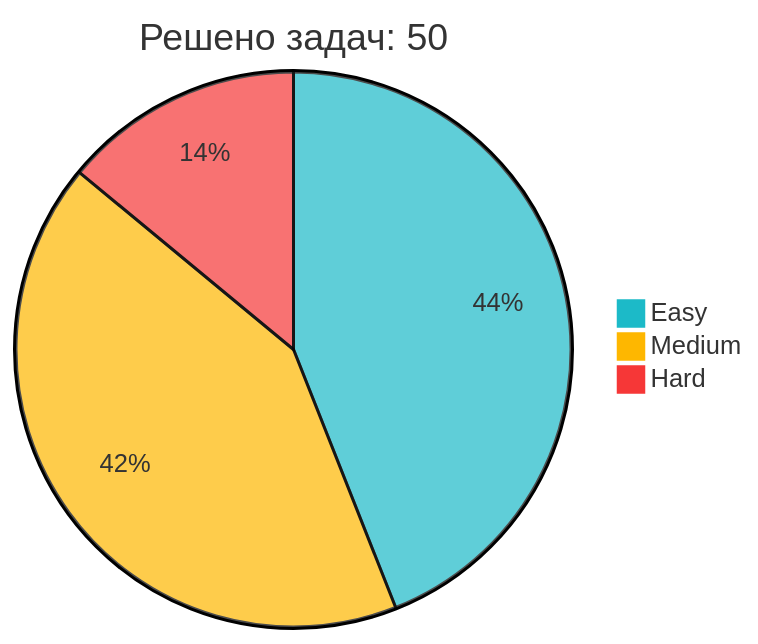
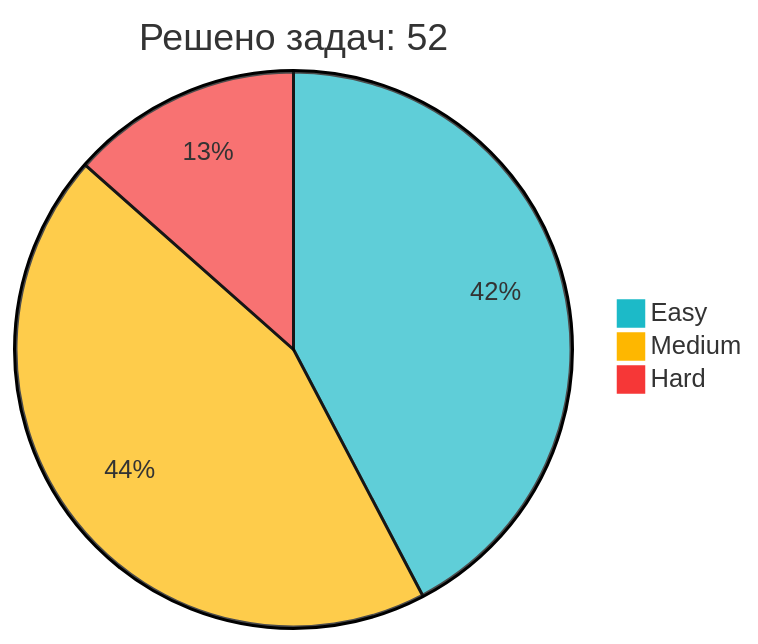
Before and after one commit to IliaKurdukov/IliaKurdukov: the diagram in README.md, drawn with Mermaid. The commit also changed other lines of this file, not shown here.

Commit message:
📈 Обновление статистики LeetCode

````diff
--- a/README.md
+++ b/README.md
@@ -51,7 +51,7 @@
 ```mermaid
 %%{init: {'theme': 'base', 'themeVariables': { 'pie1': '#1CBAC8', 'pie2': '#FEB700', 'pie3': '#F63737' }, 'config': {'width': 300, 'height': 200}}}%%
-pie title Решено задач: 50
+pie title Решено задач: 52
    "Easy" : 22
-   "Medium" : 21
+   "Medium" : 23
    "Hard" : 7
 ```
````
